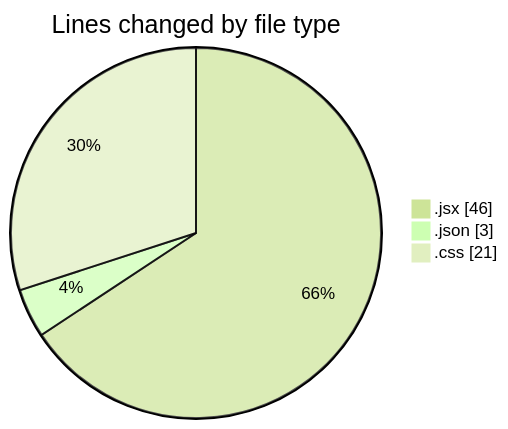
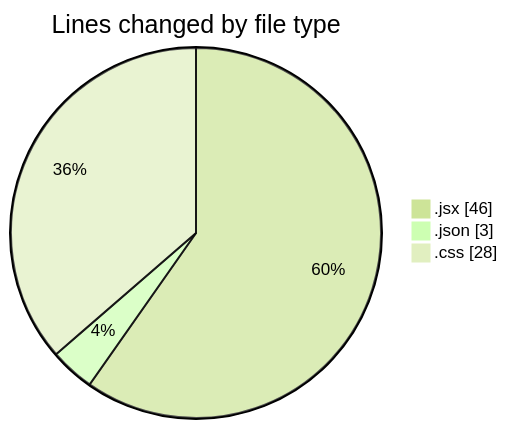
The first of 2 diagrams in 2025-01-24/react/README.md (Elitesun/code-tracking), drawn with Mermaid (forest theme) before and after one commit. The commit also changed other lines of this file and 1 other file, not shown here.

````diff
--- a/2025-01-24/react/README.md
+++ b/2025-01-24/react/README.md
@@ -23,7 +23,7 @@
 ```mermaid
 pie showData
 title Lines changed by file type
 ".jsx" : 46
 ".json" : 3
-".css" : 21
+".css" : 28
 ```
````
